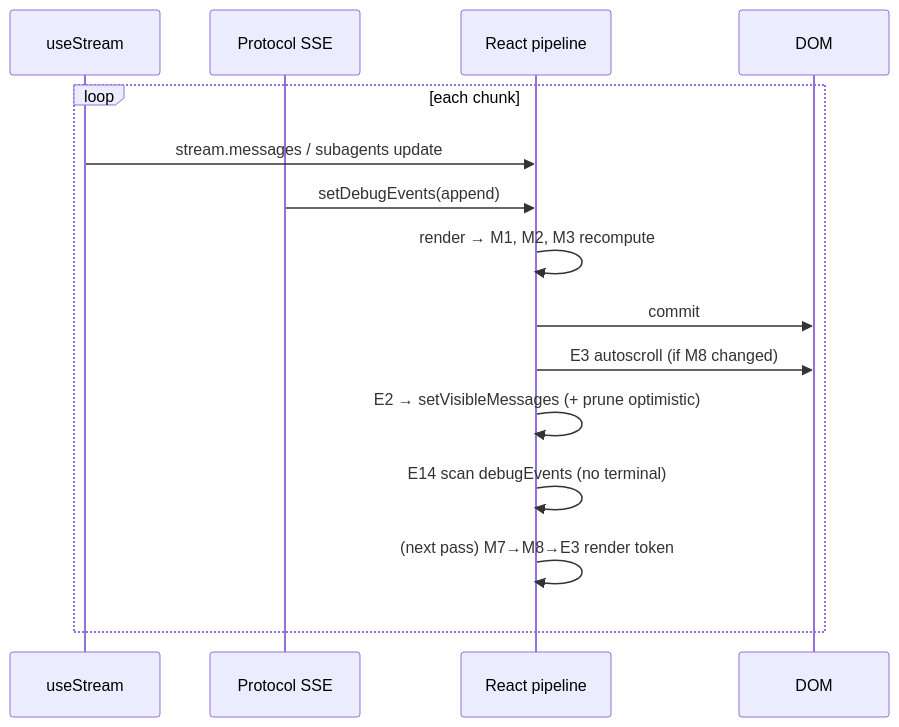
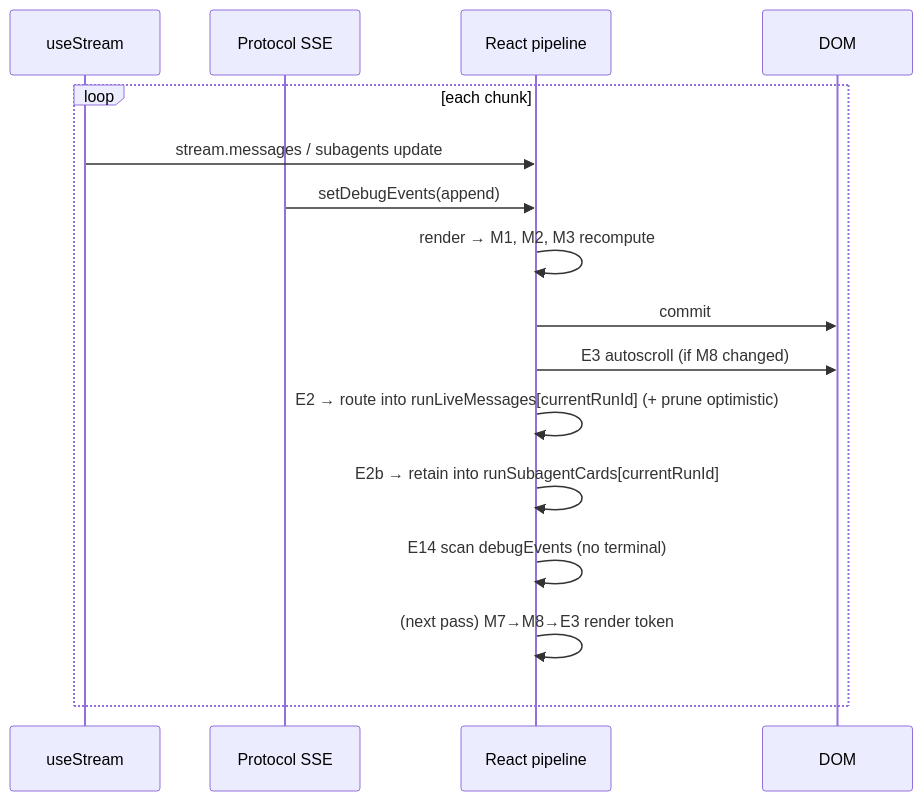
Before and after one commit to aa2051995/deep-agent-ga: the diagram in docs/use-cases/ui/02-watch-run-stream.md, drawn with Mermaid. The commit also changed other lines of this file and 8 other files, not shown here.

First line of the commit message:
fix(ui): retain a run's subagent cards through the snapshot refetch window

````diff
--- a/docs/use-cases/ui/02-watch-run-stream.md
+++ b/docs/use-cases/ui/02-watch-run-stream.md
@@ -48,18 +49,19 @@
 ```mermaid
 sequenceDiagram
     participant SDK as useStream
     participant ES1 as Protocol SSE
     participant R as React pipeline
     participant DOM
 
     loop each chunk
         SDK->>R: stream.messages / subagents update
         ES1->>R: setDebugEvents(append)
         R->>R: render → M1, M2, M3 recompute
         R->>DOM: commit
         R->>DOM: E3 autoscroll (if M8 changed)
-        R->>R: E2 → setVisibleMessages (+ prune optimistic)
+        R->>R: E2 → route into runLiveMessages[currentRunId] (+ prune optimistic)
+        R->>R: E2b → retain into runSubagentCards[currentRunId]
         R->>R: E14 scan debugEvents (no terminal)
         R->>R: (next pass) M7→M8→E3 render token
     end
 ```
````
